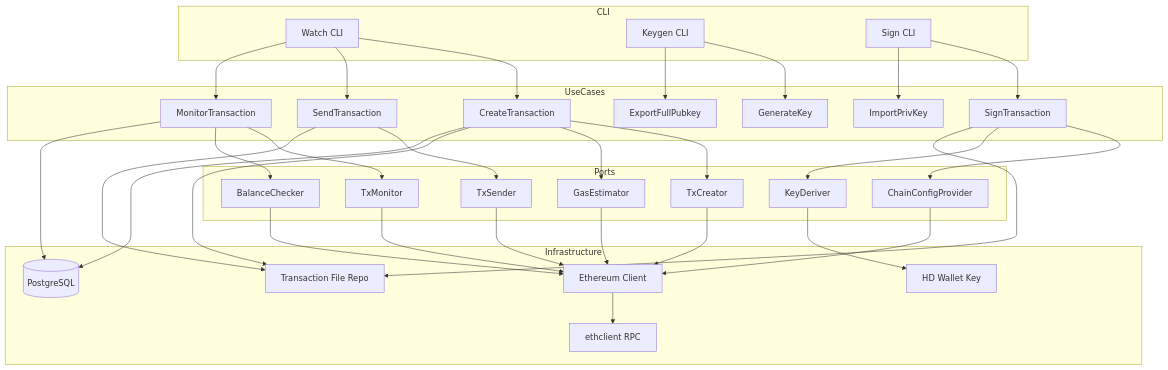
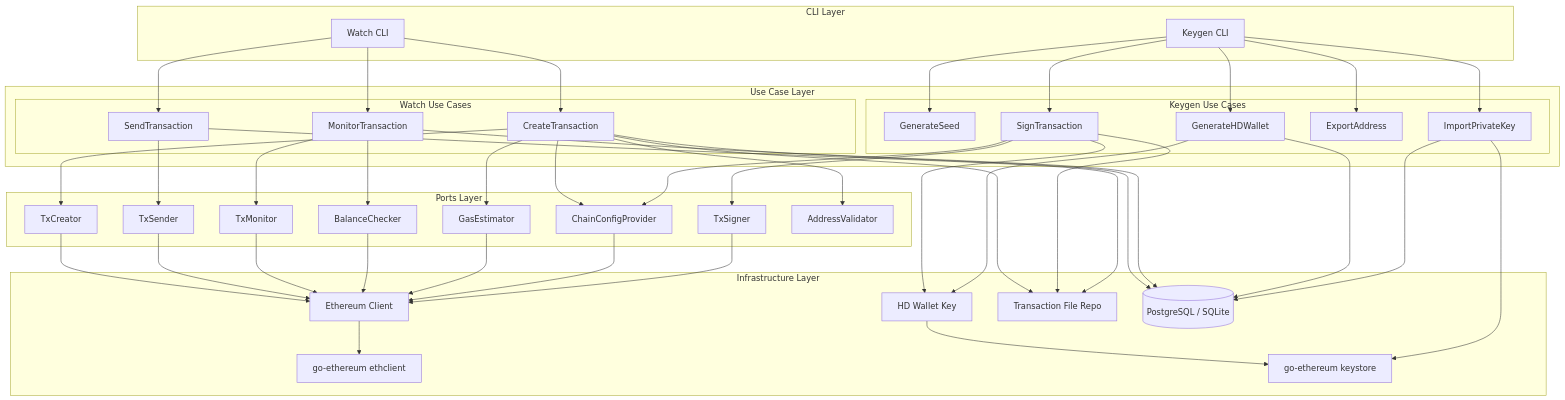
One commit to hiromaily/go-crypto-wallet changed the first of 3 diagrams in .kiro/specs/eth-transaction-flow-alignment/design.md. Above: the diagram before and after it, drawn with Mermaid. The commit also changed other lines of this file and 11 other files, not shown here.

````diff
--- a/.kiro/specs/eth-transaction-flow-alignment/design.md
+++ b/.kiro/specs/eth-transaction-flow-alignment/design.md
@@ -49,54 +55,65 @@
 ```mermaid
 graph TB
-    subgraph CLI
+    subgraph "CLI Layer"
         WatchCLI[Watch CLI]
         KeygenCLI[Keygen CLI]
-        SignCLI[Sign CLI]
     end
 
-    subgraph UseCases
-        CreateTxUC[CreateTransaction]
-        SendTxUC[SendTransaction]
-        MonitorTxUC[MonitorTransaction]
-        KeygenUC[GenerateKey]
-        ExportPubUC[ExportFullPubkey]
-        SignTxUC[SignTransaction]
-        ImportKeyUC[ImportPrivKey]
+    subgraph "Use Case Layer"
+        subgraph "Watch Use Cases"
+            CreateTxUC[CreateTransaction]
+            SendTxUC[SendTransaction]
+            MonitorTxUC[MonitorTransaction]
+        end
+        subgraph "Keygen Use Cases"
+            GenerateSeedUC[GenerateSeed]
+            GenerateKeyUC[GenerateHDWallet]
+            ImportKeyUC[ImportPrivateKey]
+            ExportAddrUC[ExportAddress]
+            KeygenSignTxUC[SignTransaction]
+        end
     end
 
-    subgraph Ports
+    subgraph "Ports Layer"
         TxCreator[TxCreator]
         TxSender[TxSender]
         TxMonitor[TxMonitor]
         BalanceChecker[BalanceChecker]
         GasEstimator[GasEstimator]
         ChainConfig[ChainConfigProvider]
-        KeyDeriver[KeyDeriver]
+        TxSigner[TxSigner]
+        AddrValidator[AddressValidator]
     end
 
-    subgraph Infrastructure
+    subgraph "Infrastructure Layer"
         EthClient[Ethereum Client]
-        EthRPC[ethclient RPC]
+        EthRPC[go-ethereum ethclient]
         HDWallet[HD Wallet Key]
+        Keystore[go-ethereum keystore]
         FileRepo[Transaction File Repo]
-        DB[(PostgreSQL)]
+        DB[(PostgreSQL / SQLite)]
     end
 
     WatchCLI --> CreateTxUC
     WatchCLI --> SendTxUC
     WatchCLI --> MonitorTxUC
-    KeygenCLI --> KeygenUC
-    KeygenCLI --> ExportPubUC
-    SignCLI --> SignTxUC
-    SignCLI --> ImportKeyUC
+
+    KeygenCLI --> GenerateSeedUC
+    KeygenCLI --> GenerateKeyUC
+    KeygenCLI --> ImportKeyUC
+    KeygenCLI --> ExportAddrUC
+    KeygenCLI --> KeygenSignTxUC
 
     CreateTxUC --> TxCreator
     CreateTxUC --> GasEstimator
+    CreateTxUC --> AddrValidator
+    CreateTxUC --> ChainConfig
     SendTxUC --> TxSender
     MonitorTxUC --> TxMonitor
     MonitorTxUC --> BalanceChecker
-    SignTxUC --> ChainConfig
-    SignTxUC --> KeyDeriver
+
+    KeygenSignTxUC --> ChainConfig
+    KeygenSignTxUC --> TxSigner
 
     TxCreator --> EthClient
     TxSender --> EthClient
@@ -104,11 +121,20 @@
     BalanceChecker --> EthClient
     GasEstimator --> EthClient
     ChainConfig --> EthClient
+    TxSigner --> EthClient
     EthClient --> EthRPC
-    KeyDeriver --> HDWallet
+
+    KeygenSignTxUC --> HDWallet
+    HDWallet --> Keystore
+    GenerateKeyUC --> HDWallet
+    ImportKeyUC --> Keystore
+
     CreateTxUC --> FileRepo
-    SignTxUC --> FileRepo
+    KeygenSignTxUC --> FileRepo
     SendTxUC --> FileRepo
+
     CreateTxUC --> DB
     MonitorTxUC --> DB
+    GenerateKeyUC --> DB
+    ImportKeyUC --> DB
 ```
````
